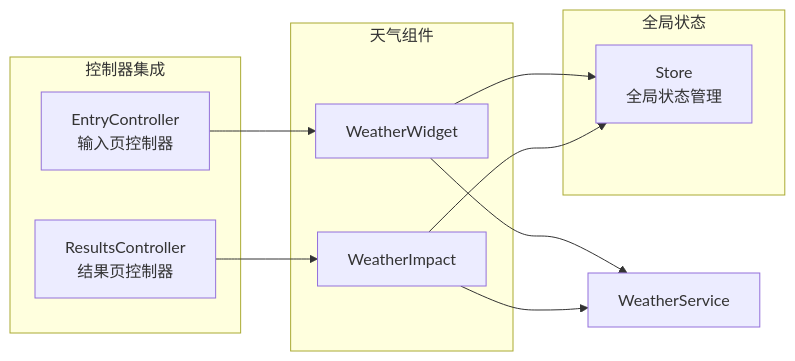
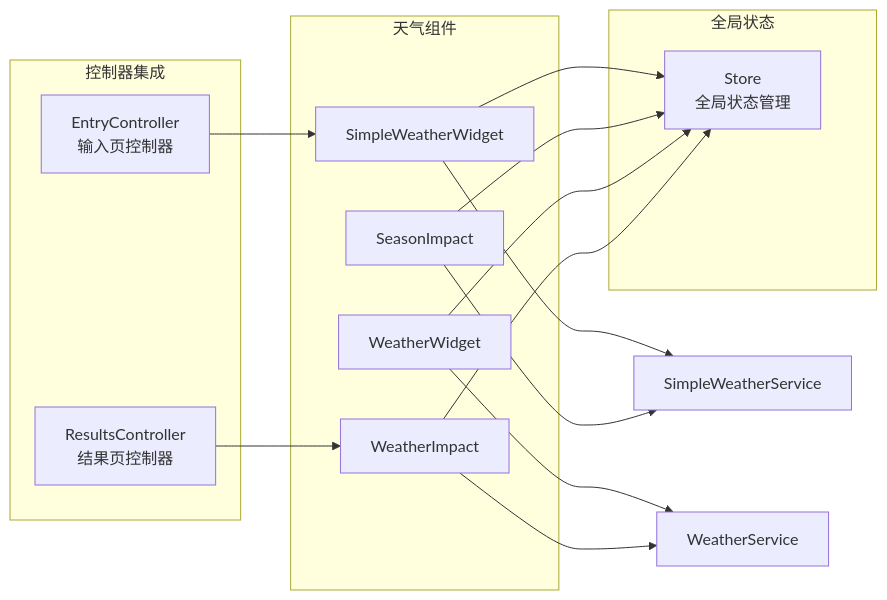
One commit to jeankeim/wuxing-fashion changed the fifth of 7 diagrams in .qoder/repowiki/zh/content/用户界面组件/天气组件.md. Above: the diagram before and after it, drawn with Mermaid. The commit also changed other lines of this file and 27 other files, not shown here.

````diff
--- a/.qoder/repowiki/zh/content/用户界面组件/天气组件.md
+++ b/.qoder/repowiki/zh/content/用户界面组件/天气组件.md
@@ -262,20 +290,26 @@
 ```mermaid
 graph LR
 subgraph "控制器集成"
 EntryCtrl["EntryController<br/>输入页控制器"]
 ResultsCtrl["ResultsController<br/>结果页控制器"]
 end
 subgraph "天气组件"
+SimpleWeatherWidget["SimpleWeatherWidget"]
+SeasonImpact["SeasonImpact"]
 WeatherWidget["WeatherWidget"]
 WeatherImpact["WeatherImpact"]
 end
 subgraph "全局状态"
 Store["Store<br/>全局状态管理"]
 end
-EntryCtrl --> WeatherWidget
+EntryCtrl --> SimpleWeatherWidget
 ResultsCtrl --> WeatherImpact
+SimpleWeatherWidget --> Store
+SeasonImpact --> Store
 WeatherWidget --> Store
 WeatherImpact --> Store
+SimpleWeatherWidget --> SimpleWeatherService
+SeasonImpact --> SimpleWeatherService
 WeatherWidget --> WeatherService
 WeatherImpact --> WeatherService
 ```
````
